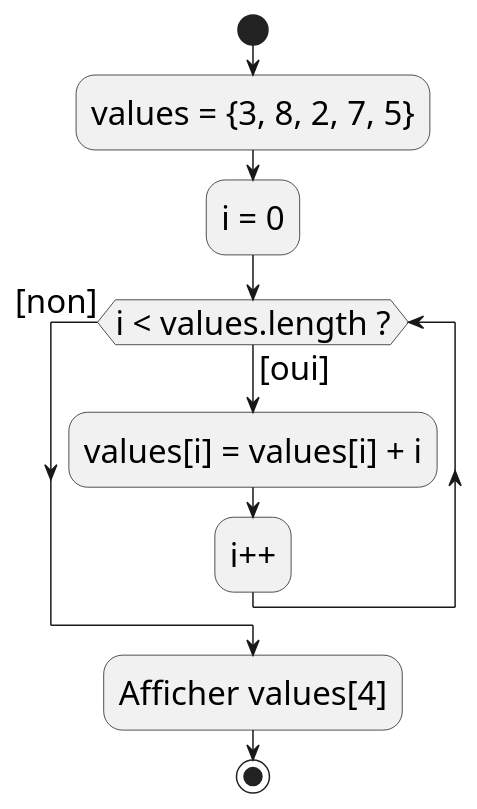
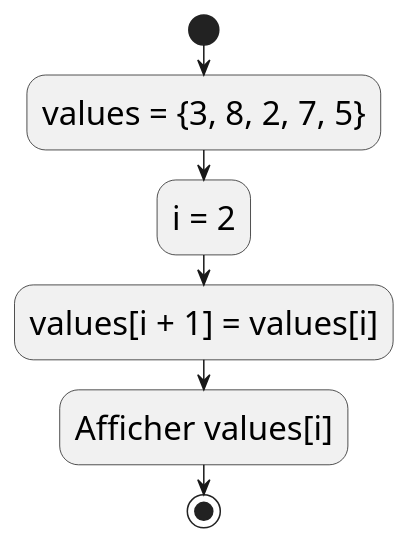
Before and after one commit to heig-vd-progim-course/heig-vd-progim1-course: the diagram in materiel/08-tableaux-et-lancement-du-mini-projet/diagrammes/a12.puml, drawn with PlantUML. The commit also changed 17 other files, not shown here.

```diff
--- a/materiel/08-tableaux-et-lancement-du-mini-projet/diagrammes/a12.puml
+++ b/materiel/08-tableaux-et-lancement-du-mini-projet/diagrammes/a12.puml
@@ -1,16 +1,13 @@
 @startuml a12
 skinparam backgroundColor transparent
 skinparam defaultFontName sans-serif
 skinparam defaultFontSize 22
 !pragma useVerticalIf on
 
 start
 :values = {3, 8, 2, 7, 5};
-:i = 0;
-while (i < values.length ?) is ([oui])
-  :values[i] = values[i] + i;
-  :i++;
-endwhile ([non])
-:Afficher values[4];
+:i = 2;
+:values[i + 1] = values[i];
+:Afficher values[i];
 stop
 @enduml
```
